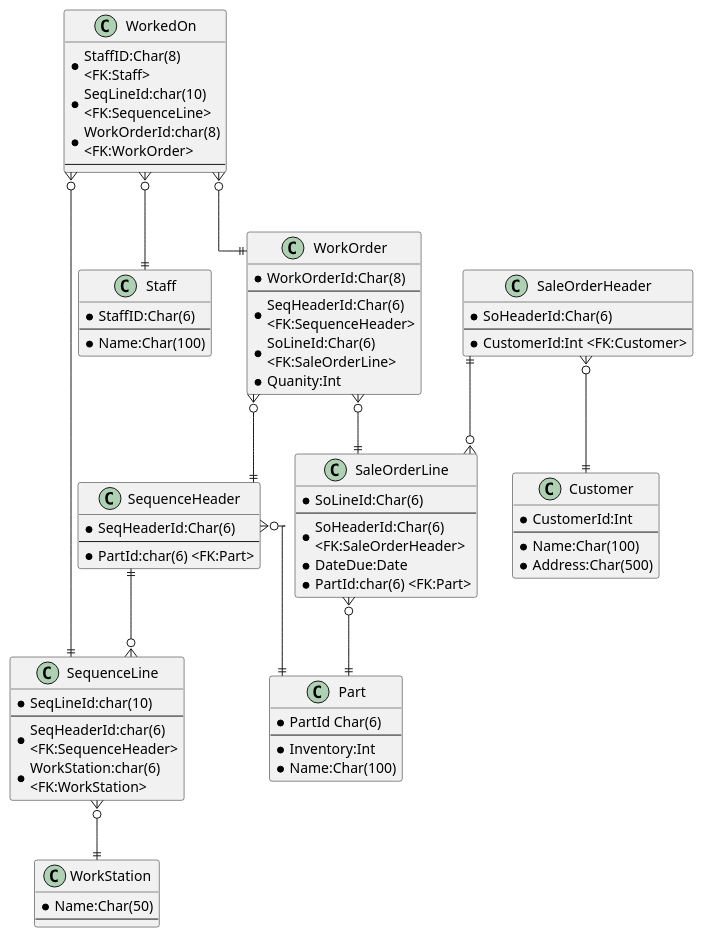
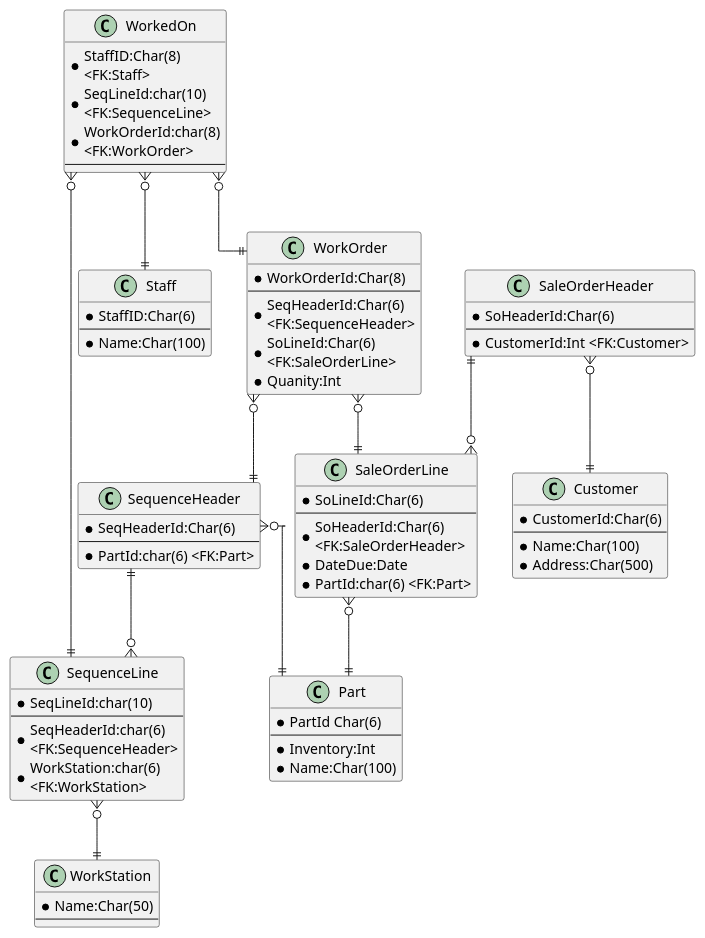
One commit to bluewolf44/UnitedApi changed the diagram in src/main/resources/UML.puml. Above: the diagram before and after it, drawn with PlantUML. The commit also changed other lines of this file and 11 other files, not shown here.

```diff
--- a/src/main/resources/UML.puml
+++ b/src/main/resources/UML.puml
@@ -1,94 +1,94 @@
 @startuml unitedAPI
 skinparam linetype polyline
 skinparam linetype ortho
 
 class WorkOrder
 {
     * WorkOrderId:Char(8)
     --
     * SeqHeaderId:Char(6)\n<FK:SequenceHeader>
     * SoLineId:Char(6)\n<FK:SaleOrderLine>
     * Quanity:Int
 }
 
 class SaleOrderHeader
 {
     * SoHeaderId:Char(6)
     --
     * CustomerId:Int <FK:Customer>
 }
 
 class SaleOrderLine
 {
     * SoLineId:Char(6)
     --
     * SoHeaderId:Char(6)\n<FK:SaleOrderHeader>
     * DateDue:Date
     * PartId:char(6) <FK:Part>
 }
 
 class SequenceHeader
 {
     * SeqHeaderId:Char(6)
     --
     * PartId:char(6) <FK:Part>
 }
 
 class SequenceLine
 {
     * SeqLineId:char(10)
     --
     * SeqHeaderId:char(6)\n<FK:SequenceHeader>
     * WorkStation:char(6)\n<FK:WorkStation>
 }
 
 class Part
 {
     * PartId Char(6)
     --
     * Inventory:Int
     * Name:Char(100)
 }
 
 class Customer
 {
-    * CustomerId:Int
+    * CustomerId:Char(6)
     --
     * Name:Char(100)
     * Address:Char(500)
 }
 
 class Staff
 {
     * StaffID:Char(6)
     --
     * Name:Char(100)
 }
 
 class WorkedOn
 {
     * StaffID:Char(8)\n<FK:Staff>
     * SeqLineId:char(10)\n<FK:SequenceLine>
     * WorkOrderId:char(8)\n<FK:WorkOrder>
     --
 }
 
 class WorkStation
 {
     * Name:Char(50)
     --
 }
 
 SaleOrderHeader ||--o{ SaleOrderLine
 SequenceHeader ||--o{ SequenceLine
 WorkOrder }o--|| SequenceHeader
 SequenceHeader }o--|| Part
 SequenceLine }o--|| WorkStation
 SaleOrderHeader }o--|| Customer
 WorkOrder }o--|| SaleOrderLine
 SaleOrderLine }o--|| Part
 WorkedOn }o--|| SequenceLine
 WorkedOn }o--|| WorkOrder
 WorkedOn }o--|| Staff
 
 @enduml
```
